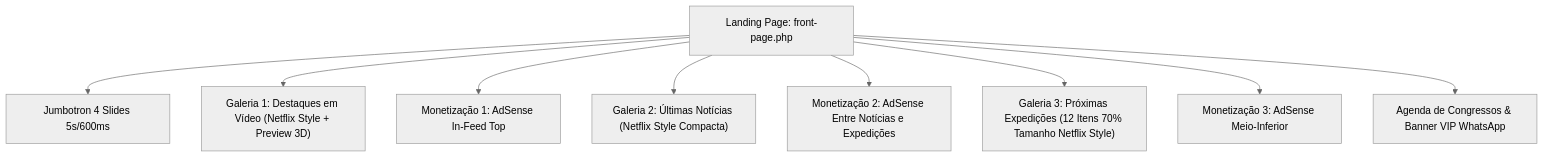
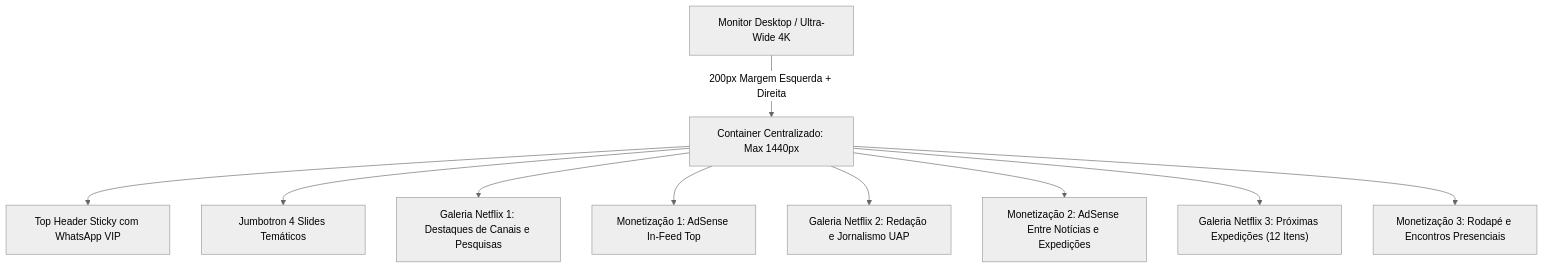
The diagram in README.md (FeralUnsettler/WPLocal), drawn with Mermaid (neutral theme) before and after one commit. The commit also changed other lines of this file and 1 other file, not shown here.

Commit message:
feat(v3.6.0): globally restyle layout to 1440px max-width with 200px lateral margin on each side

````diff
--- a/README.md
+++ b/README.md
@@ -47,11 +44,12 @@
 ```mermaid
 graph TD
-    A[Landing Page: front-page.php] --> B[Jumbotron 4 Slides 5s/600ms]
-    A --> C["Galeria 1: Destaques em Vídeo (Netflix Style + Preview 3D)"]
-    A --> D["Monetização 1: AdSense In-Feed Top"]
-    A --> E["Galeria 2: Últimas Notícias (Netflix Style Compacta)"]
-    A --> F["Monetização 2: AdSense Entre Notícias e Expedições"]
-    A --> G["Galeria 3: Próximas Expedições (12 Itens 70% Tamanho Netflix Style)"]
-    A --> H["Monetização 3: AdSense Meio-Inferior"]
-    A --> I[Agenda de Congressos & Banner VIP WhatsApp]
+    A["Monitor Desktop / Ultra-Wide 4K"] -->|200px Margem Esquerda + Direita| B[Container Centralizado: Max 1440px]
+    B --> C[Top Header Sticky com WhatsApp VIP]
+    B --> D[Jumbotron 4 Slides Temáticos]
+    B --> E["Galeria Netflix 1: Destaques de Canais e Pesquisas"]
+    B --> F["Monetização 1: AdSense In-Feed Top"]
+    B --> G["Galeria Netflix 2: Redação e Jornalismo UAP"]
+    B --> H["Monetização 2: AdSense Entre Notícias e Expedições"]
+    B --> I["Galeria Netflix 3: Próximas Expedições (12 Itens)"]
+    B --> J["Monetização 3: Rodapé e Encontros Presenciais"]
 ```
````
